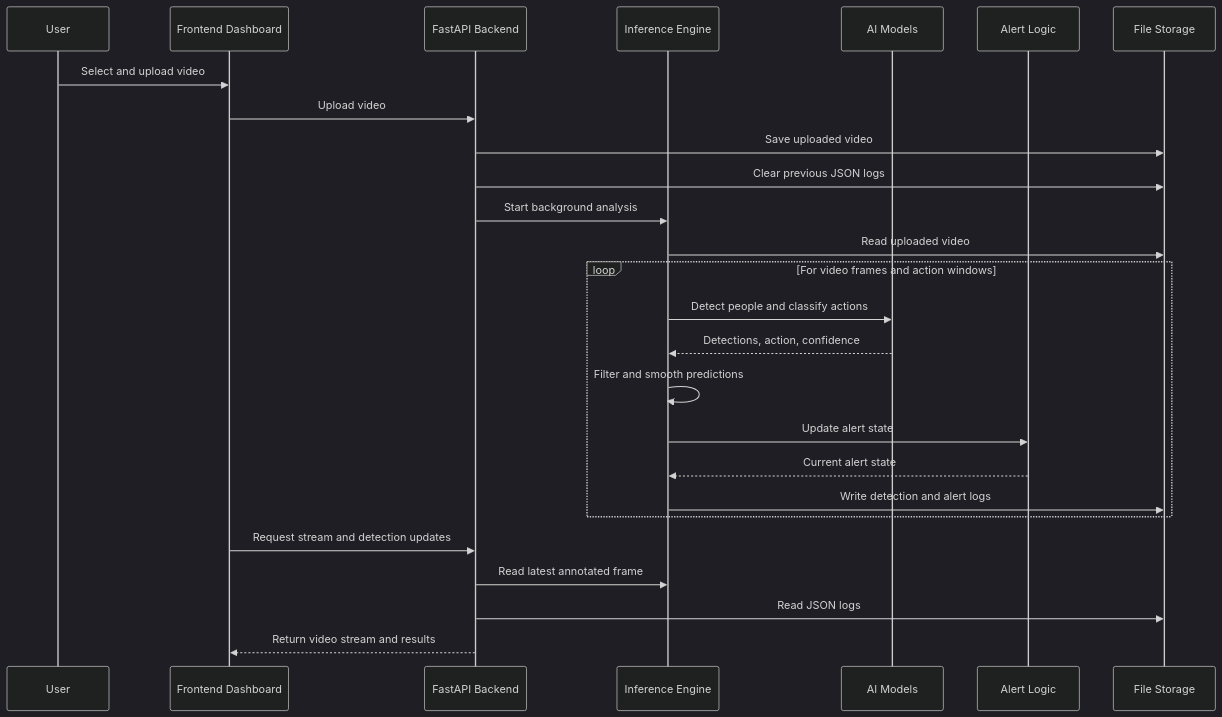
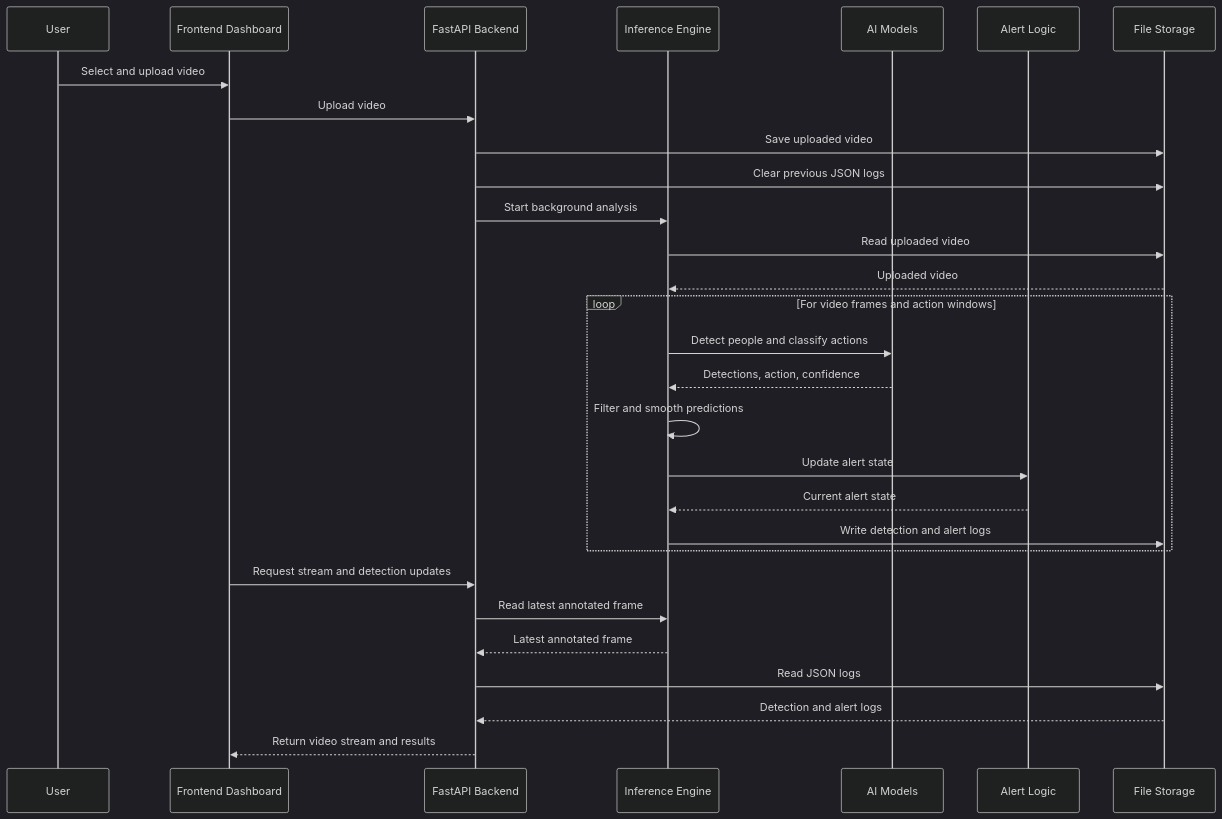
One commit to Magda1103/Problem-Workshop-in-Software-Engineering changed the second of 5 diagrams in PROJECT_DOCUMENTATION.md. Above: the diagram before and after it, drawn with Mermaid (dark theme).

Commit message:
Md change

````diff
--- a/PROJECT_DOCUMENTATION.md
+++ b/PROJECT_DOCUMENTATION.md
@@ -193,31 +193,34 @@
 ```mermaid
 sequenceDiagram
     participant User
     participant Frontend as Frontend Dashboard
     participant Backend as FastAPI Backend
     participant Engine as Inference Engine
     participant Models as AI Models
     participant AlertLogic as Alert Logic
     participant Storage as File Storage
 
     User->>Frontend: Select and upload video
     Frontend->>Backend: Upload video
     Backend->>Storage: Save uploaded video
     Backend->>Storage: Clear previous JSON logs
     Backend->>Engine: Start background analysis
 
     Engine->>Storage: Read uploaded video
+    Storage-->>Engine: Uploaded video
     loop For video frames and action windows
         Engine->>Models: Detect people and classify actions
         Models-->>Engine: Detections, action, confidence
         Engine->>Engine: Filter and smooth predictions
         Engine->>AlertLogic: Update alert state
         AlertLogic-->>Engine: Current alert state
         Engine->>Storage: Write detection and alert logs
     end
 
     Frontend->>Backend: Request stream and detection updates
     Backend->>Engine: Read latest annotated frame
+    Engine-->>Backend: Latest annotated frame
     Backend->>Storage: Read JSON logs
+    Storage-->>Backend: Detection and alert logs
     Backend-->>Frontend: Return video stream and results
 ```
````
